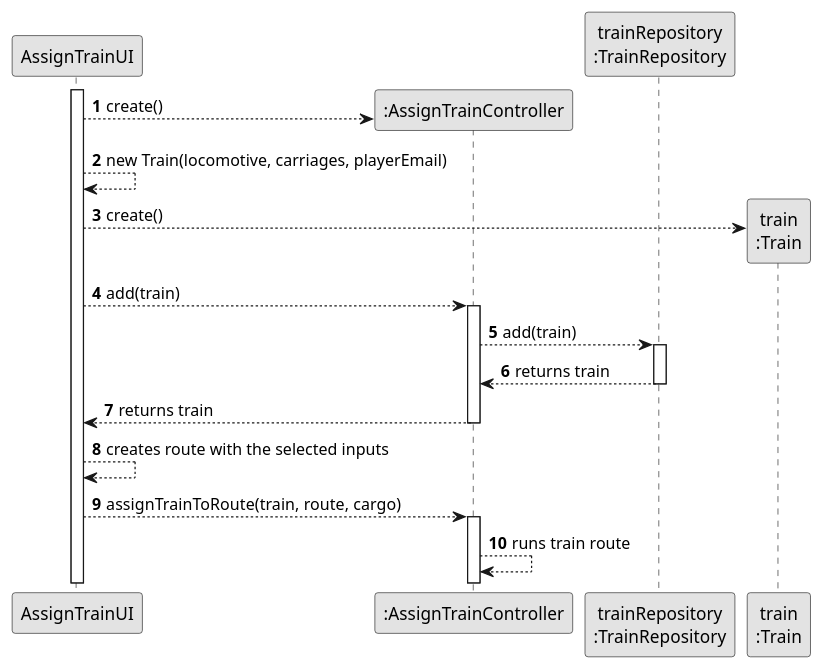
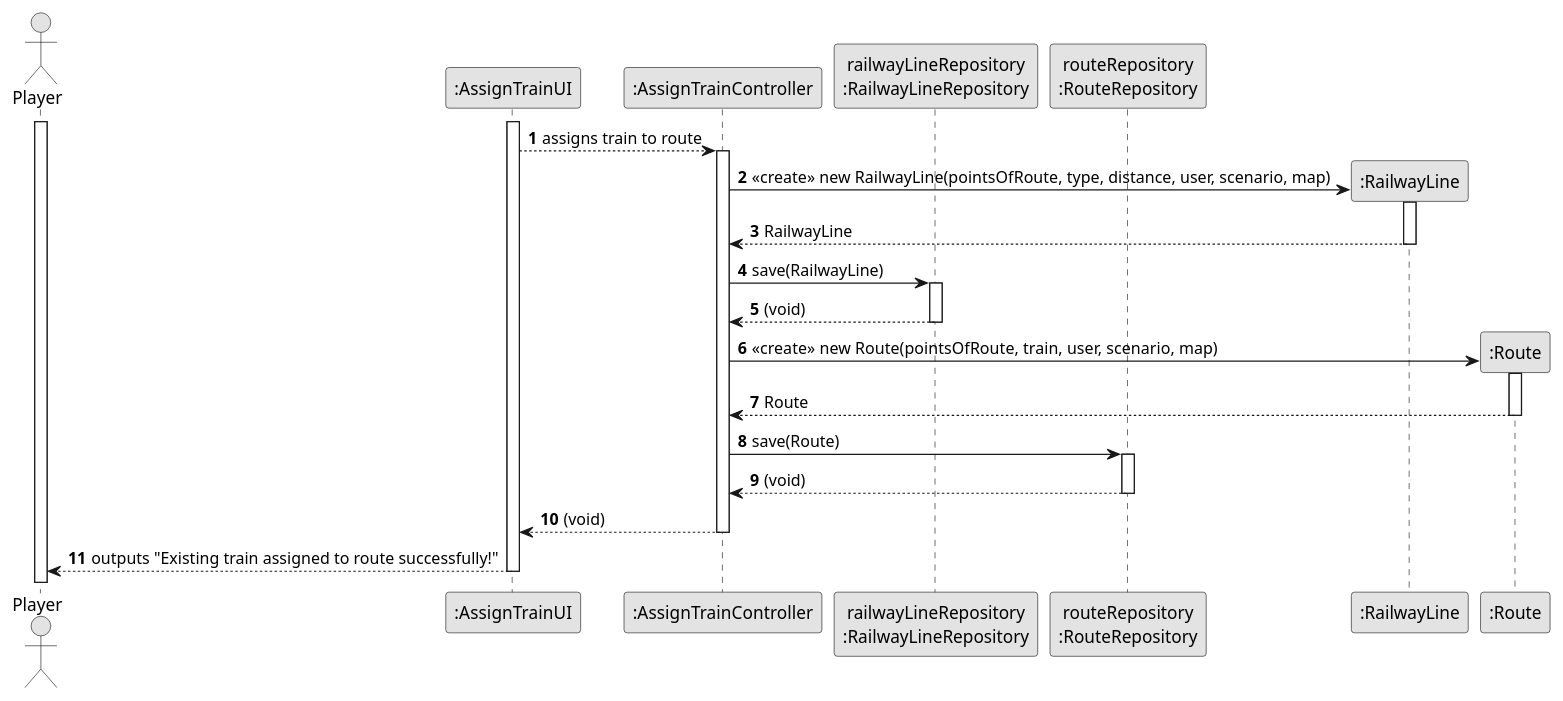
The diagram in docs/system-documentation/US010/03.design/puml/US010-Partial-SD-assignTrain.puml (goncalolopesp/sem2-pi-24.25-g093-repo), drawn with PlantUML before and after one commit. The commit also changed 7 other files, not shown here.

Commit message:
US010 (docs) - Updated the partial sequence diagrams

```diff
--- a/docs/system-documentation/US010/03.design/puml/US010-Partial-SD-assignTrain.puml
+++ b/docs/system-documentation/US010/03.design/puml/US010-Partial-SD-assignTrain.puml
@@ -1,39 +1,53 @@
 @startuml
 skinparam monochrome true
 skinparam packageStyle rectangle
 skinparam shadowing false
 
 autonumber
 
-participant "AssignTrainUI" as atui
+actor "Player" as Player
+activate Player
 
+participant ":AssignTrainUI" as atui
 activate atui
 
-create ":AssignTrainController" as atc
+participant ":AssignTrainController" as atc
 
-participant "trainRepository\n:TrainRepository" as trepo
+participant "railwayLineRepository\n:RailwayLineRepository" as rlrepo
+participant "routeRepository\n:RouteRepository" as rrepo
+participant ":RailwayLine" as rl
+participant ":Route" as route
 
-atui --> atc : create()
-atui --> atui : new Train(locomotive, carriages, playerEmail)
-
-create "train\n:Train" as train
-
-atui --> train : create()
-atui --> atc : add(train)
+atui --> atc : assigns train to route
 activate atc
 
-atc --> trepo : add(train)
-activate trepo
+atc -> rl** : <<create>> new RailwayLine(pointsOfRoute, type, distance, user, scenario, map)
+activate rl
 
-trepo --> atc : returns train
-deactivate trepo
+rl --> atc : RailwayLine
+deactivate rl
 
-atc --> atui : returns train
+atc -> rlrepo : save(RailwayLine)
+activate rlrepo
+
+rlrepo --> atc : (void)
+deactivate rlrepo
+
+atc -> route** : <<create>> new Route(pointsOfRoute, train, user, scenario, map)
+activate route
+
+route --> atc : Route
+deactivate route
+
+atc -> rrepo : save(Route)
+activate rrepo
+
+rrepo --> atc : (void)
+deactivate rrepo
+
+atc --> atui : (void)
 deactivate atc
 
-atui --> atui : creates route with the selected inputs
-atui --> atc : assignTrainToRoute(train, route, cargo)
-activate atc
-
-atc --> atc : runs train route
+atui --> Player : outputs "Existing train assigned to route successfully!"
+deactivate atui
 @enduml
```
